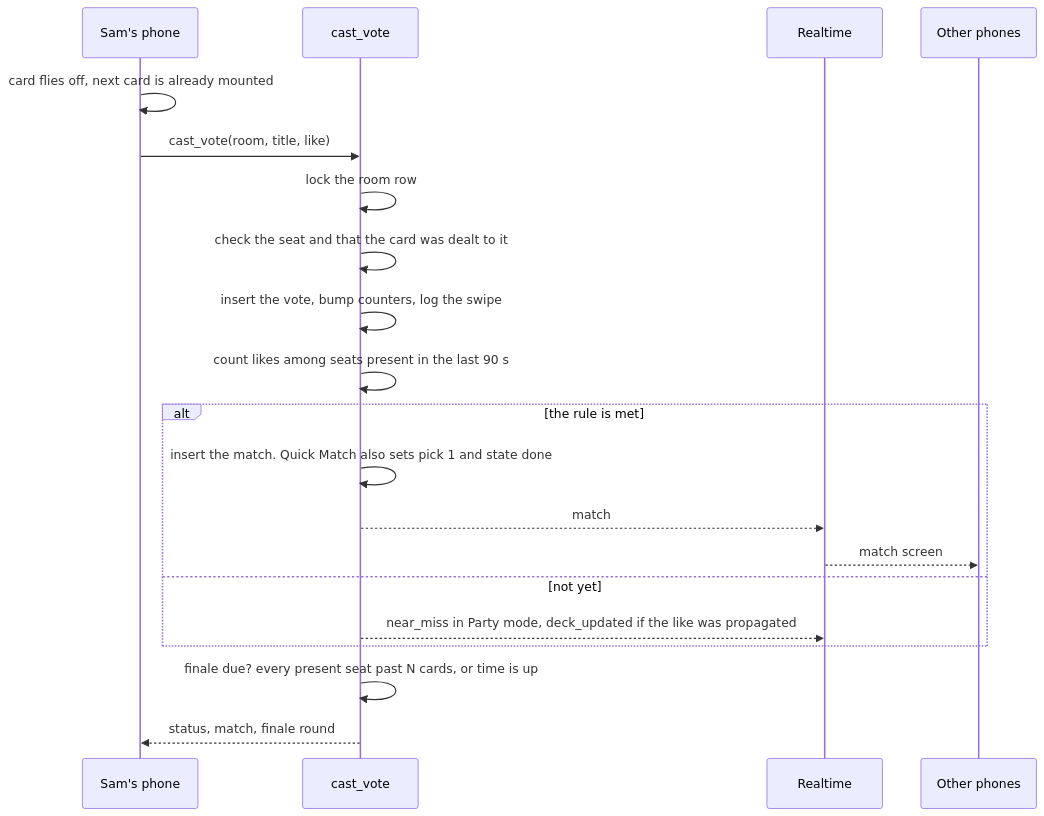
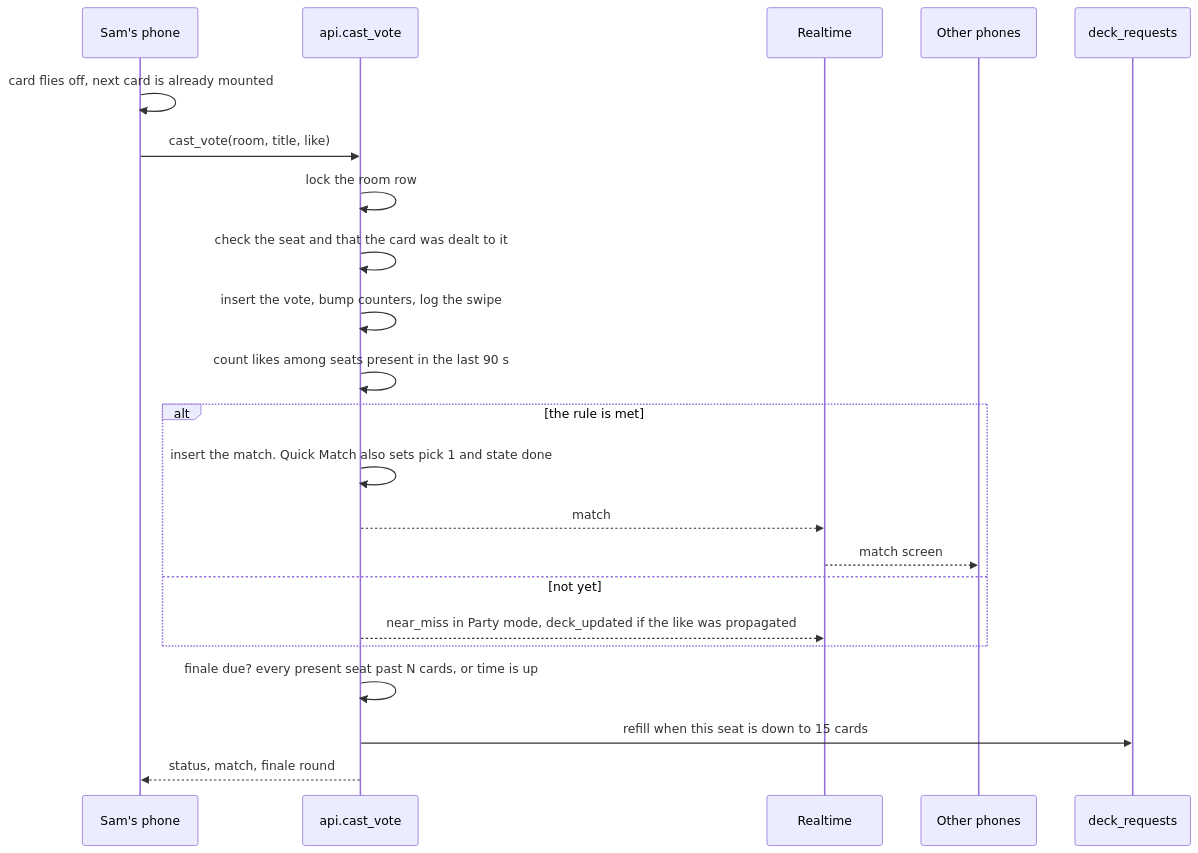
The tenth of 11 diagrams in docs/data-model/README.md (harryviennot/flimme), drawn with Mermaid before and after one commit. The commit also changed other lines of this file and 2 other files, not shown here.

First line of the commit message:
Put the app behind an api schema and add the recommendation server

````diff
--- a/docs/data-model/README.md
+++ b/docs/data-model/README.md
@@ -543,22 +673,24 @@
 ```mermaid
 sequenceDiagram
   participant P as Sam's phone
-  participant DB as cast_vote
+  participant DB as api.cast_vote
   participant RT as Realtime
   participant O as Other phones
+  participant Q as deck_requests
   P->>P: card flies off, next card is already mounted
   P->>DB: cast_vote(room, title, like)
   DB->>DB: lock the room row
   DB->>DB: check the seat and that the card was dealt to it
   DB->>DB: insert the vote, bump counters, log the swipe
   DB->>DB: count likes among seats present in the last 90 s
   alt the rule is met
     DB->>DB: insert the match. Quick Match also sets pick 1 and state done
     DB-->>RT: match
     RT-->>O: match screen
   else not yet
     DB-->>RT: near_miss in Party mode, deck_updated if the like was propagated
   end
   DB->>DB: finale due? every present seat past N cards, or time is up
+  DB->>Q: refill when this seat is down to 15 cards
   DB-->>P: status, match, finale round
 ```
````
